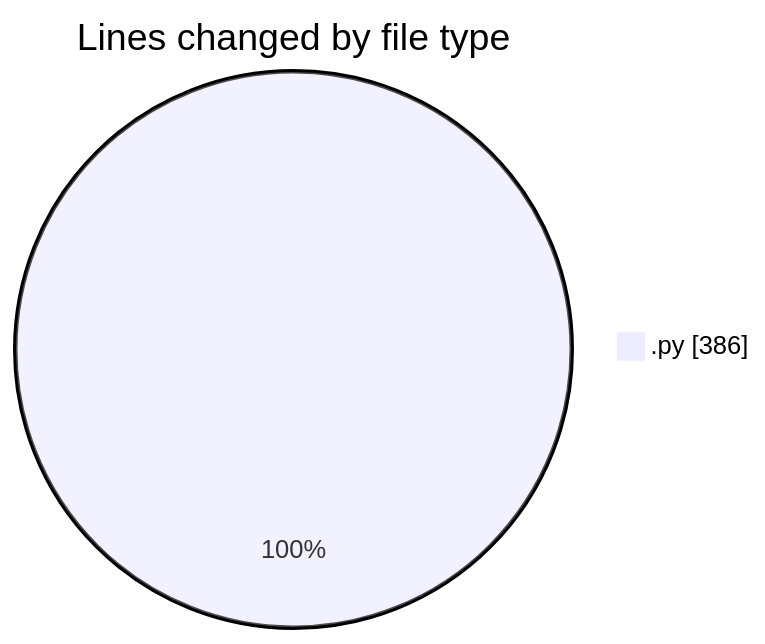
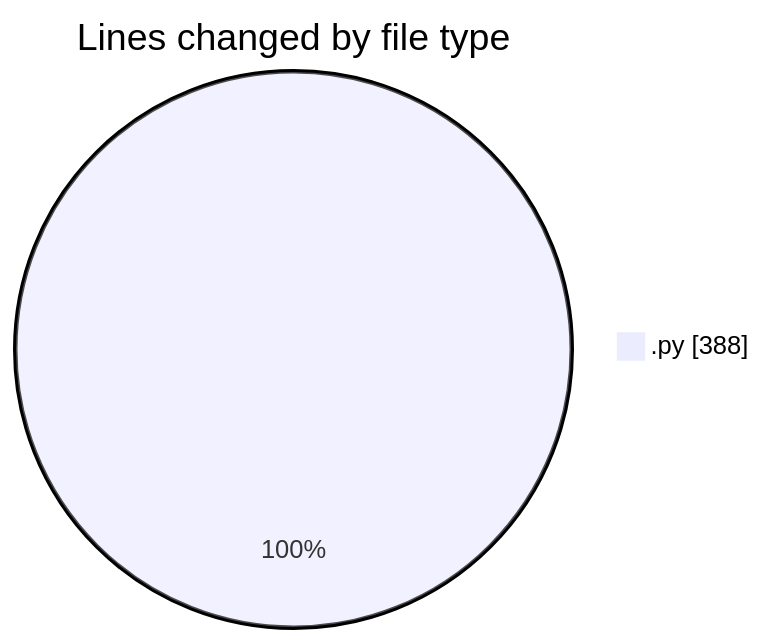
One commit to julien-gomy/code-tracking changed the first of 2 diagrams in 2025-10-11/eventscop-api-guide__workspace_/README.md. Above: the diagram before and after it, drawn with Mermaid. The commit also changed other lines of this file and 1 other file, not shown here.

````diff
--- a/2025-10-11/eventscop-api-guide__workspace_/README.md
+++ b/2025-10-11/eventscop-api-guide__workspace_/README.md
@@ -21,5 +21,5 @@
 ```mermaid
 pie showData
 title Lines changed by file type
-".py" : 386
+".py" : 388
 ```
````
